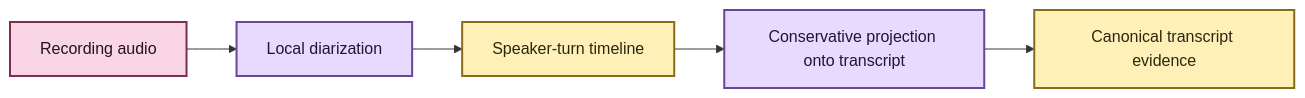
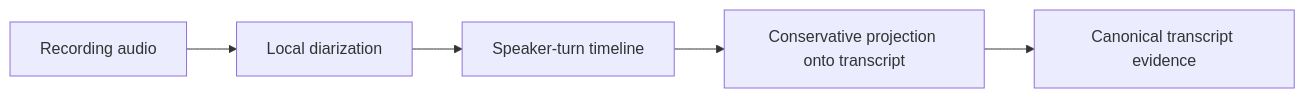
The first of 2 diagrams in docs/architecture/diarization.md (SSD1805/EchoFlow), drawn with Mermaid before and after one commit. The commit also changed other lines of this file and 24 other files, not shown here.

Commit message:
docs: normalize Mermaid for GitHub portability

````diff
--- a/docs/architecture/diarization.md
+++ b/docs/architecture/diarization.md
@@ -12,15 +12,7 @@
 ```mermaid
-flowchart LR
+graph LR;
     A[Recording audio] --> D[Local diarization]
     D --> T[Speaker-turn timeline]
     T --> P[Conservative projection onto transcript]
     P --> C[Canonical transcript evidence]
-
-    classDef source fill:#F9D5E5,stroke:#7B2E52,stroke-width:2px,color:#22151B
-    classDef process fill:#E8D9FF,stroke:#68469B,stroke-width:2px,color:#1F1630
-    classDef evidence fill:#FFF0B8,stroke:#8A6B18,stroke-width:2px,color:#2C260F
-
-    class A source
-    class D,P process
-    class T,C evidence
 ```
````
